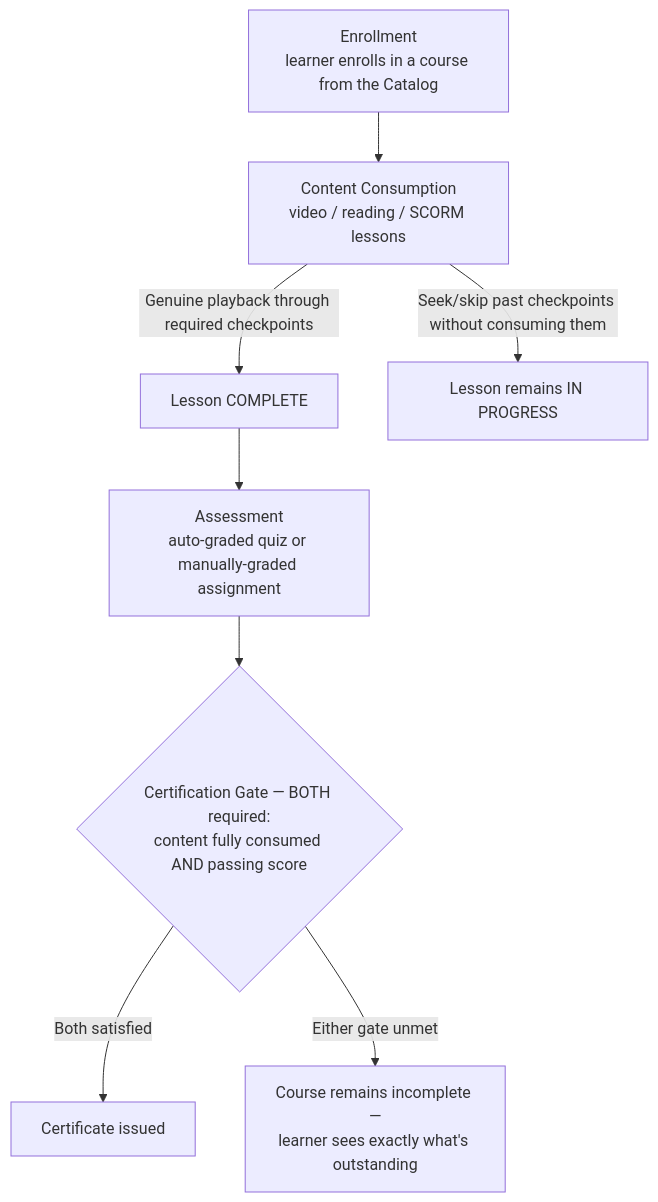
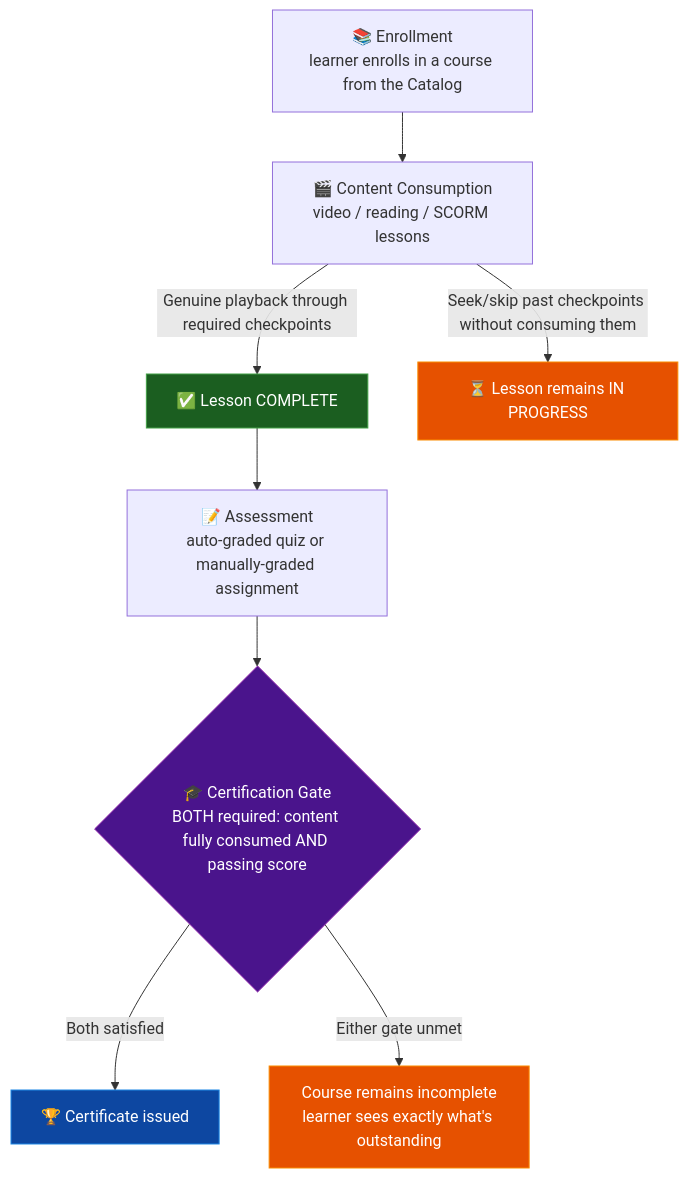
The diagram in README.md (ghanendra-sdet/lms-platform), drawn with Mermaid before and after one commit. The commit also changed other lines of this file, not shown here.

First line of the commit message:
docs: refresh root README with richer diagrams and clearer prose

````diff
--- a/README.md
+++ b/README.md
@@ -116,10 +114,19 @@
 ```mermaid
 flowchart TD
-    A["Enrollment<br/>learner enrolls in a course from the Catalog"] --> B["Content Consumption<br/>video / reading / SCORM lessons"]
-    B -->|Genuine playback through required checkpoints| C["Lesson COMPLETE"]
-    B -->|Seek/skip past checkpoints without consuming them| B1["Lesson remains IN PROGRESS"]
-    C --> D["Assessment<br/>auto-graded quiz or manually-graded assignment"]
-    D --> E{"Certification Gate — BOTH required:<br/>content fully consumed AND passing score"}
-    E -->|Both satisfied| F["Certificate issued"]
-    E -->|Either gate unmet| G["Course remains incomplete —<br/>learner sees exactly what's outstanding"]
+    A["📚 Enrollment<br/>learner enrolls in a course from the Catalog"] --> B["🎬 Content Consumption<br/>video / reading / SCORM lessons"]
+    B -->|"Genuine playback through required checkpoints"| C["✅ Lesson COMPLETE"]
+    B -->|"Seek/skip past checkpoints without consuming them"| B1["⏳ Lesson remains IN PROGRESS"]
+    C --> D["📝 Assessment<br/>auto-graded quiz or manually-graded assignment"]
+    D --> E{"🎓 Certification Gate<br/>BOTH required: content fully consumed AND passing score"}
+    E -->|"Both satisfied"| F["🏆 Certificate issued"]
+    E -->|"Either gate unmet"| G["Course remains incomplete<br/>learner sees exactly what's outstanding"]
+
+    classDef complete fill:#1b5e20,stroke:#43a047,color:#fff
+    classDef pending fill:#e65100,stroke:#fb8c00,color:#fff
+    classDef gate fill:#4a148c,stroke:#8e24aa,color:#fff
+    classDef cert fill:#0d47a1,stroke:#1e88e5,color:#fff
+    class C complete
+    class B1,G pending
+    class E gate
+    class F cert
 ```
````
